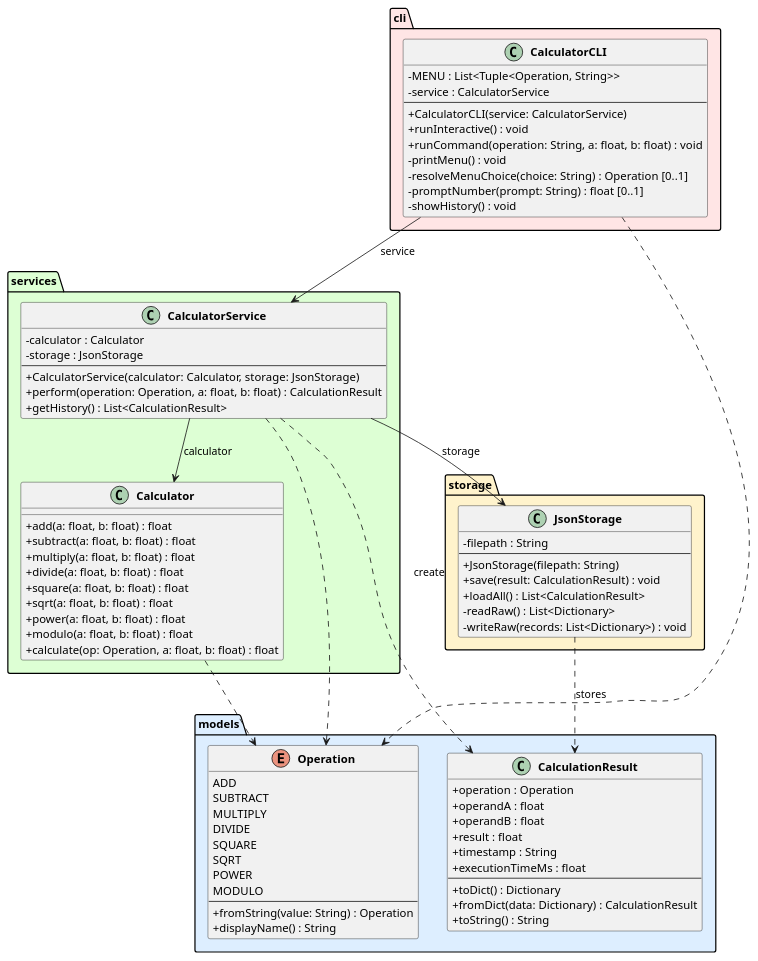
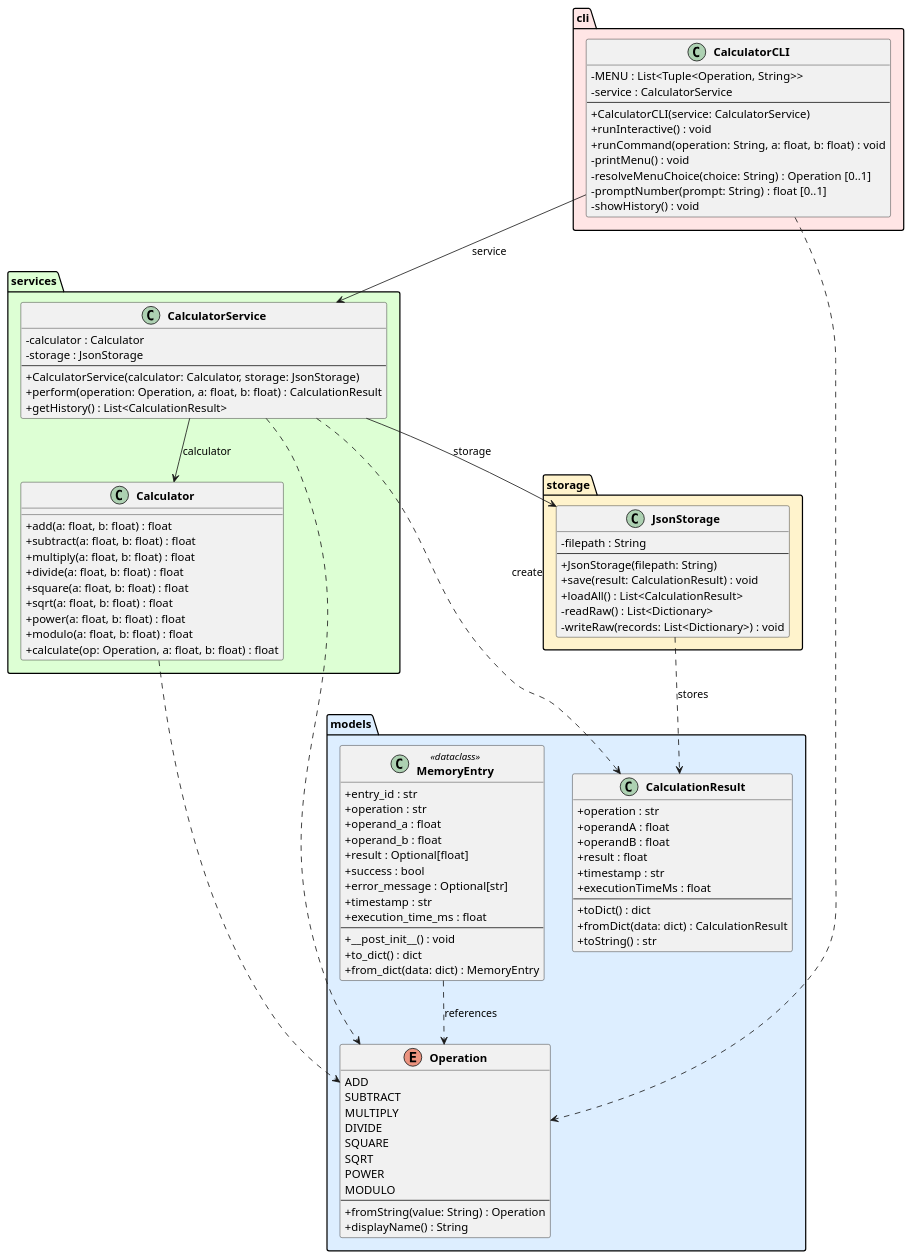
The diagram in experiments/pipeline/user_stories/calculator/artifacts/class_diagram.puml (DanielRiha8906/Software_autoevolution_using_agents), drawn with PlantUML before and after one commit. The commit also changed 6 other files, not shown here.

First line of the commit message:
task 03 | Implement MemoryEntry class for calculator history

```diff
--- a/experiments/pipeline/user_stories/calculator/artifacts/class_diagram.puml
+++ b/experiments/pipeline/user_stories/calculator/artifacts/class_diagram.puml
@@ -1,95 +1,112 @@
 @startuml class_diagram
 
 skinparam classAttributeIconSize 0
 skinparam classFontStyle bold
 
 package "models" #DDEEFF {
     enum Operation {
         ADD
         SUBTRACT
         MULTIPLY
         DIVIDE
         SQUARE
         SQRT
         POWER
         MODULO
         --
         +fromString(value: String) : Operation
         +displayName() : String
     }
 
     class CalculationResult {
-        +operation : Operation
+        +operation : str
         +operandA : float
         +operandB : float
         +result : float
-        +timestamp : String
+        +timestamp : str
         +executionTimeMs : float
         --
-        +toDict() : Dictionary
-        +fromDict(data: Dictionary) : CalculationResult
-        +toString() : String
+        +toDict() : dict
+        +fromDict(data: dict) : CalculationResult
+        +toString() : str
+    }
+
+    class MemoryEntry <<dataclass>> {
+        +entry_id : str
+        +operation : str
+        +operand_a : float
+        +operand_b : float
+        +result : Optional[float]
+        +success : bool
+        +error_message : Optional[str]
+        +timestamp : str
+        +execution_time_ms : float
+        --
+        +__post_init__() : void
+        +to_dict() : dict
+        +from_dict(data: dict) : MemoryEntry
     }
 }
 
 package "services" #DDFFD4 {
     class Calculator {
         +add(a: float, b: float) : float
         +subtract(a: float, b: float) : float
         +multiply(a: float, b: float) : float
         +divide(a: float, b: float) : float
         +square(a: float, b: float) : float
         +sqrt(a: float, b: float) : float
         +power(a: float, b: float) : float
         +modulo(a: float, b: float) : float
         +calculate(op: Operation, a: float, b: float) : float
     }
 
     class CalculatorService {
         -calculator : Calculator
         -storage : JsonStorage
         --
         +CalculatorService(calculator: Calculator, storage: JsonStorage)
         +perform(operation: Operation, a: float, b: float) : CalculationResult
         +getHistory() : List<CalculationResult>
     }
 }
 
 package "storage" #FFF3CC {
     class JsonStorage {
         -filepath : String
         --
         +JsonStorage(filepath: String)
         +save(result: CalculationResult) : void
         +loadAll() : List<CalculationResult>
         -readRaw() : List<Dictionary>
         -writeRaw(records: List<Dictionary>) : void
     }
 }
 
 package "cli" #FFE5E5 {
     class CalculatorCLI {
         -MENU : List<Tuple<Operation, String>>
         -service : CalculatorService
         --
         +CalculatorCLI(service: CalculatorService)
         +runInteractive() : void
         +runCommand(operation: String, a: float, b: float) : void
         -printMenu() : void
         -resolveMenuChoice(choice: String) : Operation [0..1]
         -promptNumber(prompt: String) : float [0..1]
         -showHistory() : void
     }
 }
 
 CalculatorCLI --> CalculatorService : service
 CalculatorService --> Calculator : calculator
 CalculatorService --> JsonStorage : storage
 
 CalculatorService ..> CalculationResult : create
 CalculatorService ..> Operation
 CalculatorCLI ..> Operation
 Calculator ..> Operation
 JsonStorage ..> CalculationResult : stores
+MemoryEntry ..> Operation : references
 
 @enduml
```
